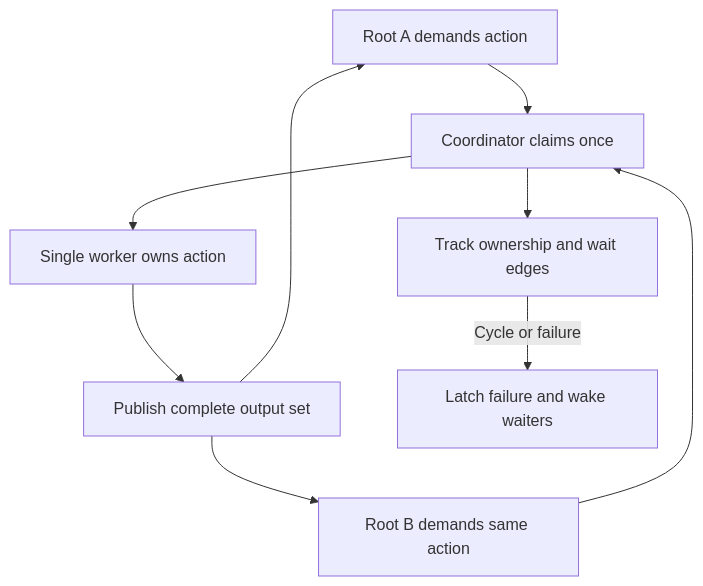
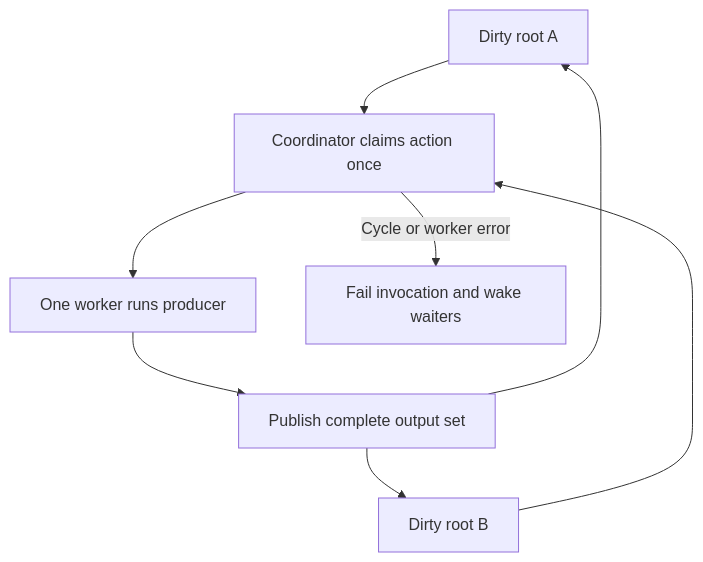
Before and after one commit to ikesyo/build_runner_accelerator: the diagram in docs/adr/0033-filtered-demand-scheduler.md, drawn with Mermaid. The commit also changed other lines of this file and 1 other file, not shown here.

Commit message:
docs: clarify filtered worker scheduling

````diff
--- a/docs/adr/0033-filtered-demand-scheduler.md
+++ b/docs/adr/0033-filtered-demand-scheduler.md
@@ -38,11 +31,10 @@
 ```mermaid
 flowchart TD
-    A[Root A demands action] --> C[Coordinator claims once]
-    B[Root B demands same action] --> C
-    C --> O[Single worker owns action]
-    O --> P[Publish complete output set]
+    A[Dirty root A] --> C[Coordinator claims action once]
+    B[Dirty root B] --> C
+    C --> W[One worker runs producer]
+    W --> P[Publish complete output set]
     P --> A
     P --> B
-    C --> W[Track ownership and wait edges]
-    W -->|Cycle or failure| F[Latch failure and wake waiters]
+    C -->|Cycle or worker error| F[Fail invocation and wake waiters]
 ```
````
